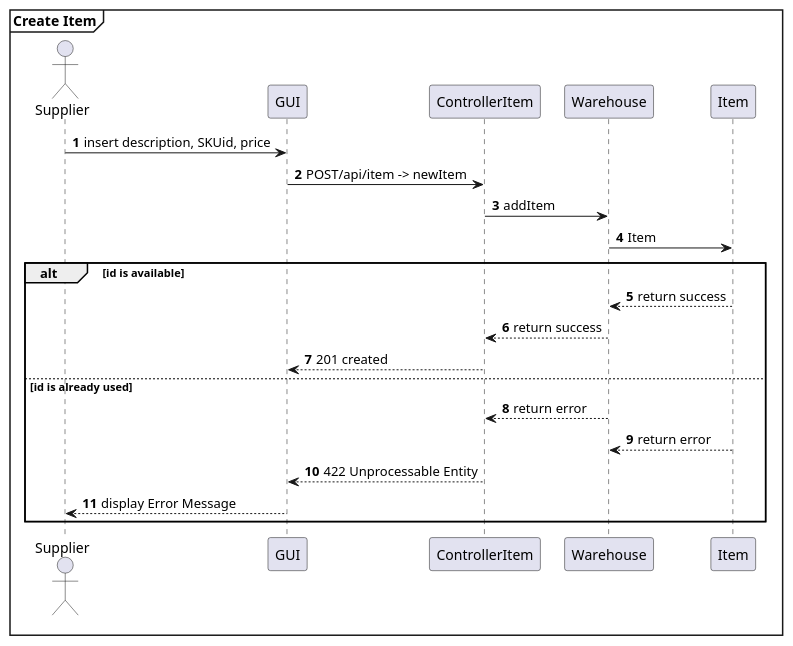
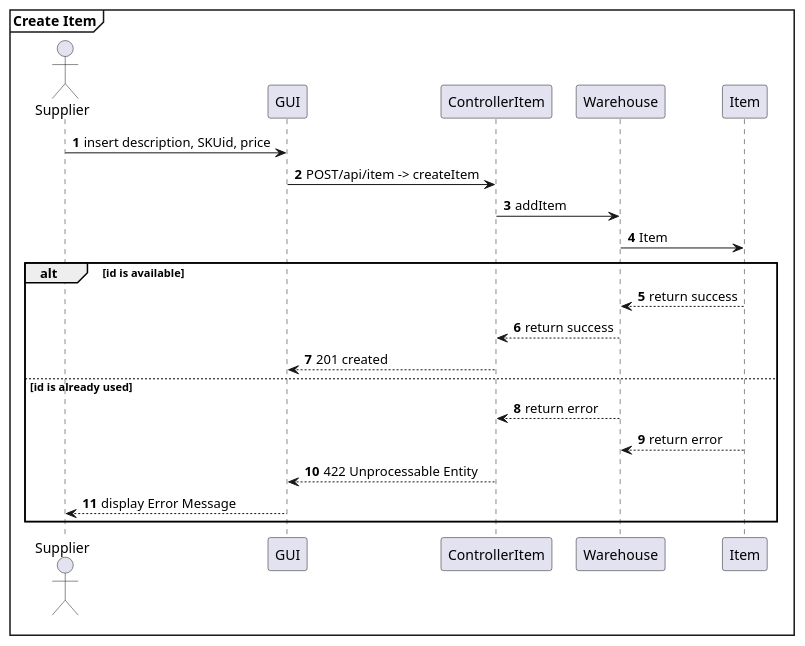
Diagram 26 of 30 in DesignDocument.md (AlexZampa/EzWh), drawn with PlantUML before and after one commit. The commit also changed other lines of this file, not shown here.

````diff
--- a/DesignDocument.md
+++ b/DesignDocument.md
@@ -1327,28 +1305,28 @@
 ```plantuml
 @startuml
 mainframe **Create Item**
 actor Supplier
 participant GUI
 participant ControllerItem
 participant Warehouse
 participant Item
 
 autonumber
 Supplier -> GUI : insert description, SKUid, price 
-GUI -> ControllerItem : POST/api/item -> newItem
+GUI -> ControllerItem : POST/api/item -> createItem
 ControllerItem -> Warehouse : addItem
 Warehouse -> Item : Item
 
 alt id is available
   Warehouse <-- Item : return success
   ControllerItem <-- Warehouse : return success
   GUI <-- ControllerItem : 201 created
 else id is already used
   ControllerItem <-- Warehouse : return error
   Warehouse <-- Item : return error
   GUI <-- ControllerItem : 422 Unprocessable Entity
   Supplier <-- GUI : display Error Message
 end
 
 @enduml
 ```
````
